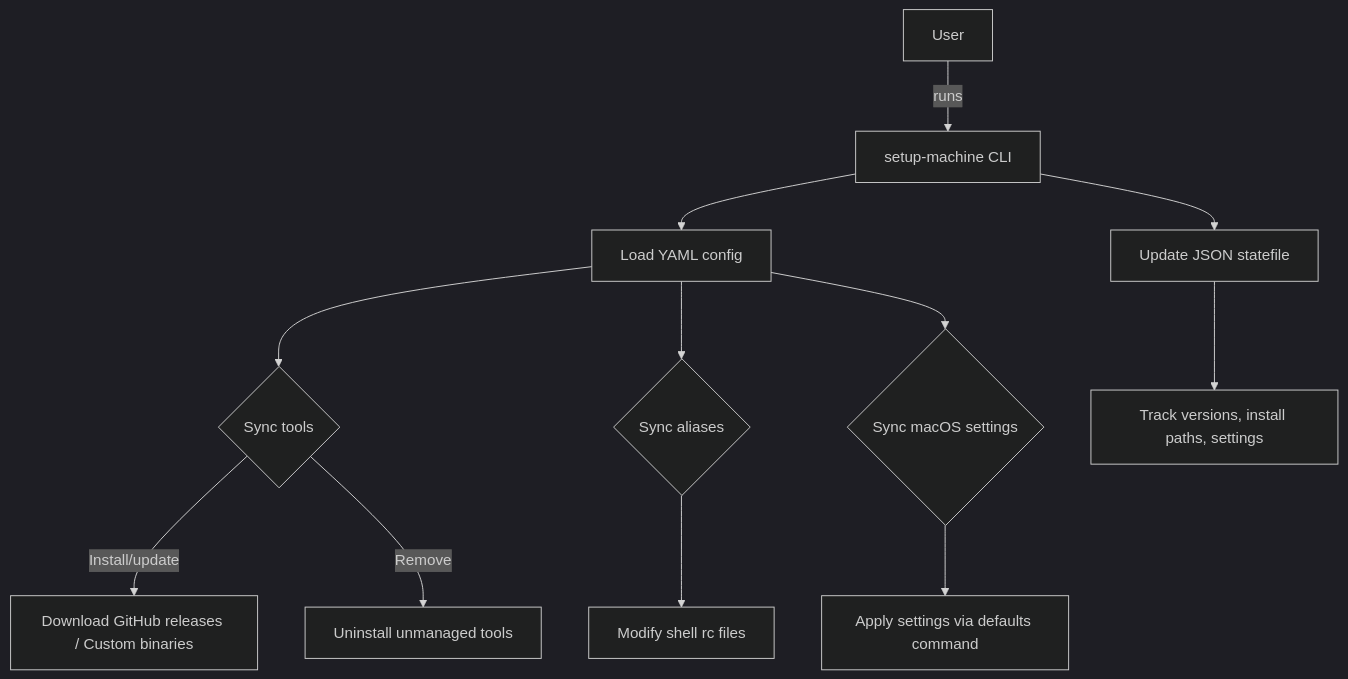
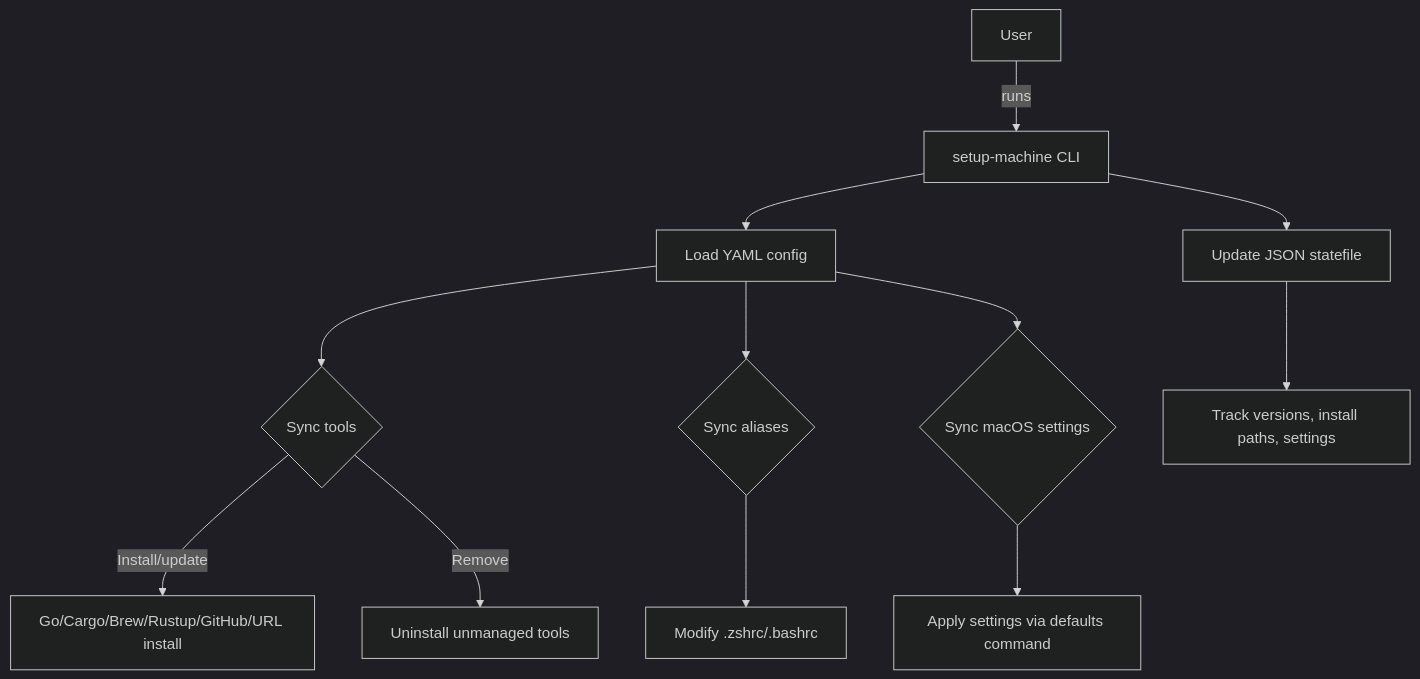
The diagram in README.md (kodelint/setup-machine), drawn with Mermaid (dark theme) before and after one commit. The commit also changed other lines of this file, not shown here.

````diff
--- a/README.md
+++ b/README.md
@@ -26,14 +32,14 @@
 ```mermaid
 flowchart TD
     A[User] -->|runs| B[setup-machine CLI]
     B --> C[Load YAML config]
     C --> D{Sync tools}
-    D -->|Install/update| E[Download GitHub releases / Custom binaries]
+    D -->|Install/update| E[Go/Cargo/Brew/Rustup/GitHub/URL install]
     D -->|Remove| F[Uninstall unmanaged tools]
     C --> G{Sync aliases}
-    G --> H[Modify shell rc files]
+    G --> H[Modify .zshrc/.bashrc]
     C --> I{Sync macOS settings}
     I --> J[Apply settings via defaults command]
     B --> K[Update JSON statefile]
     K --> L[Track versions, install paths, settings]
 ```
````
